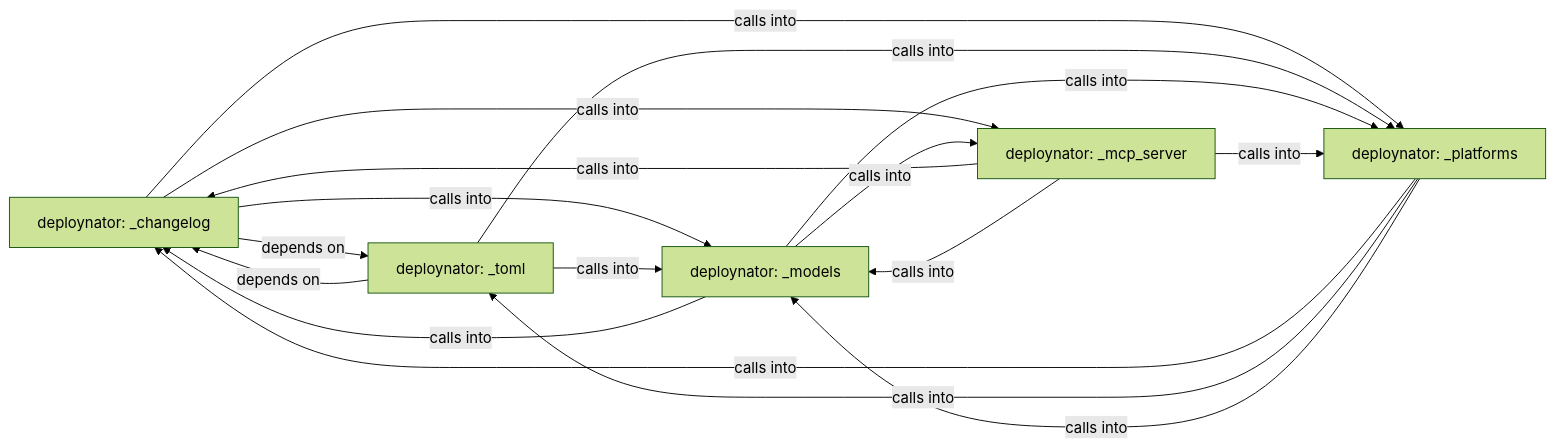
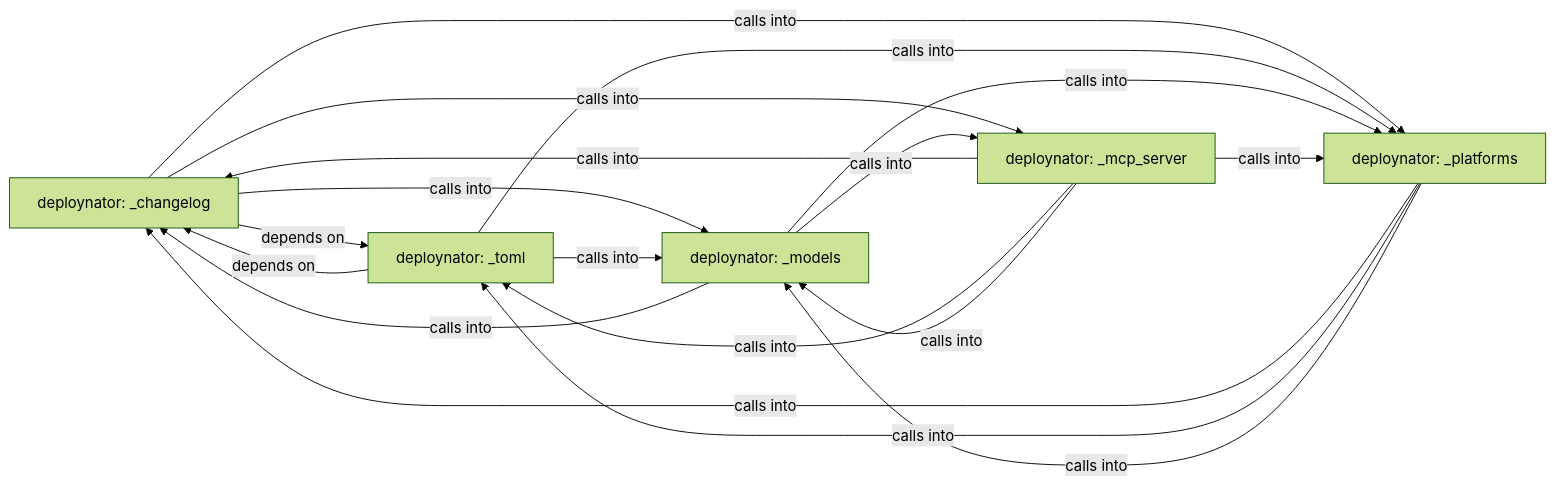
One commit to grisuno/deploynator changed the diagram in readmenator-diagrams/overview.md. Above: the diagram before and after it, drawn with Mermaid (forest theme). The commit also changed other lines of this file and 100 other files, not shown here.

First line of the commit message:
patch: generic deploy.sh and per-repo deploynator.toml

````diff
--- a/readmenator-diagrams/overview.md
+++ b/readmenator-diagrams/overview.md
@@ -1,27 +1,28 @@
 ```mermaid
 graph LR
     deploynator__changelog["deploynator: _changelog"]
     deploynator__toml["deploynator: _toml"]
     deploynator__models["deploynator: _models"]
+    deploynator__mcp_server["deploynator: _mcp_server"]
     deploynator__platforms["deploynator: _platforms"]
-    deploynator__mcp_server["deploynator: _mcp_server"]
     deploynator__changelog -- "depends on" --> deploynator__toml
     deploynator__changelog -- "calls into" --> deploynator__models
+    deploynator__changelog -- "calls into" --> deploynator__mcp_server
     deploynator__changelog -- "calls into" --> deploynator__platforms
-    deploynator__changelog -- "calls into" --> deploynator__mcp_server
     deploynator__toml -- "depends on" --> deploynator__changelog
     deploynator__toml -- "calls into" --> deploynator__models
     deploynator__toml -- "calls into" --> deploynator__platforms
     deploynator__models -- "calls into" --> deploynator__changelog
+    deploynator__models -- "calls into" --> deploynator__mcp_server
     deploynator__models -- "calls into" --> deploynator__platforms
-    deploynator__models -- "calls into" --> deploynator__mcp_server
+    deploynator__mcp_server -- "calls into" --> deploynator__changelog
+    deploynator__mcp_server -- "calls into" --> deploynator__toml
+    deploynator__mcp_server -- "calls into" --> deploynator__models
+    deploynator__mcp_server -- "calls into" --> deploynator__platforms
     deploynator__platforms -- "calls into" --> deploynator__changelog
     deploynator__platforms -- "calls into" --> deploynator__toml
     deploynator__platforms -- "calls into" --> deploynator__models
-    deploynator__mcp_server -- "calls into" --> deploynator__changelog
-    deploynator__mcp_server -- "calls into" --> deploynator__models
-    deploynator__mcp_server -- "calls into" --> deploynator__platforms
     click deploynator__changelog href "./deploynator__changelog.md" "Details"
     click deploynator__toml href "./deploynator__toml.md" "Details"
     click deploynator__models href "./deploynator__models.md" "Details"
 ```
````
